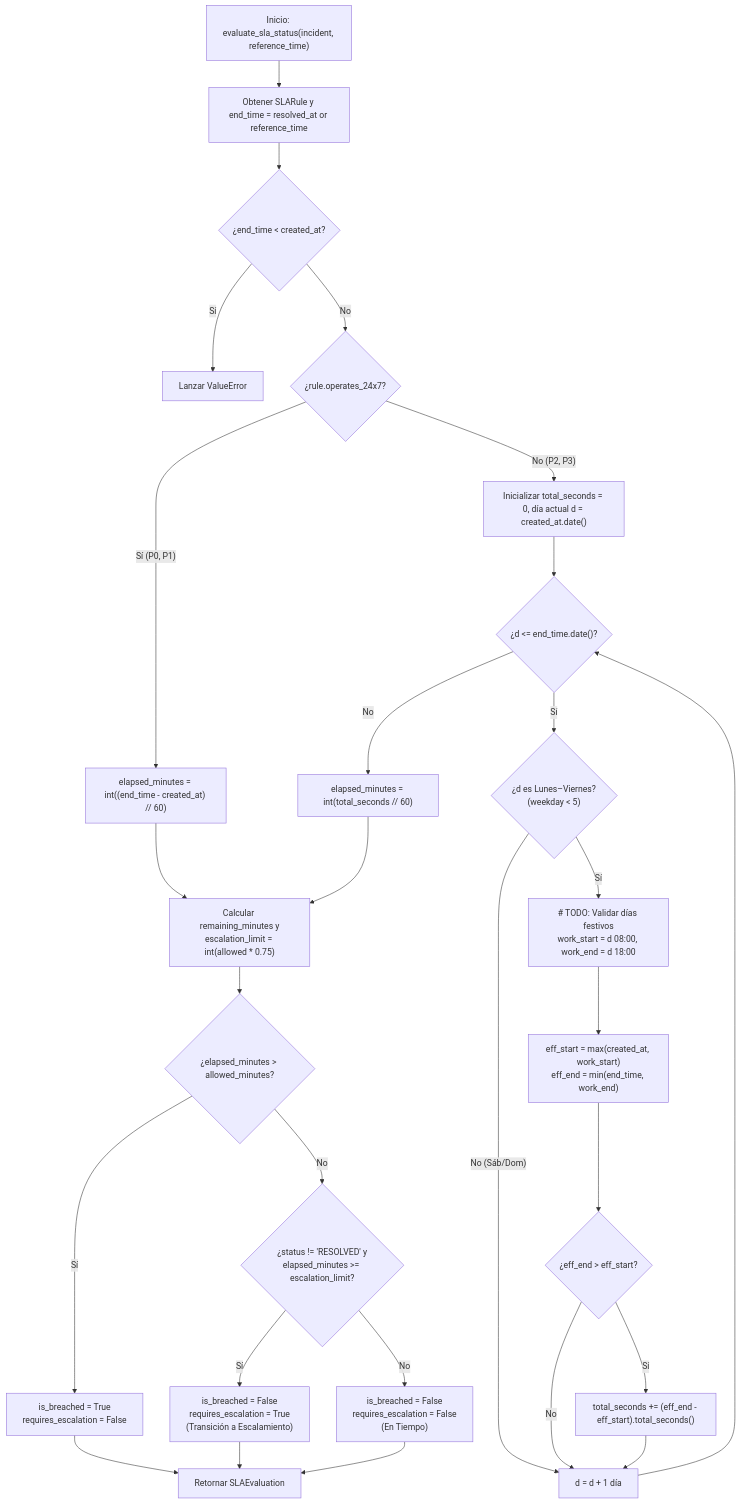
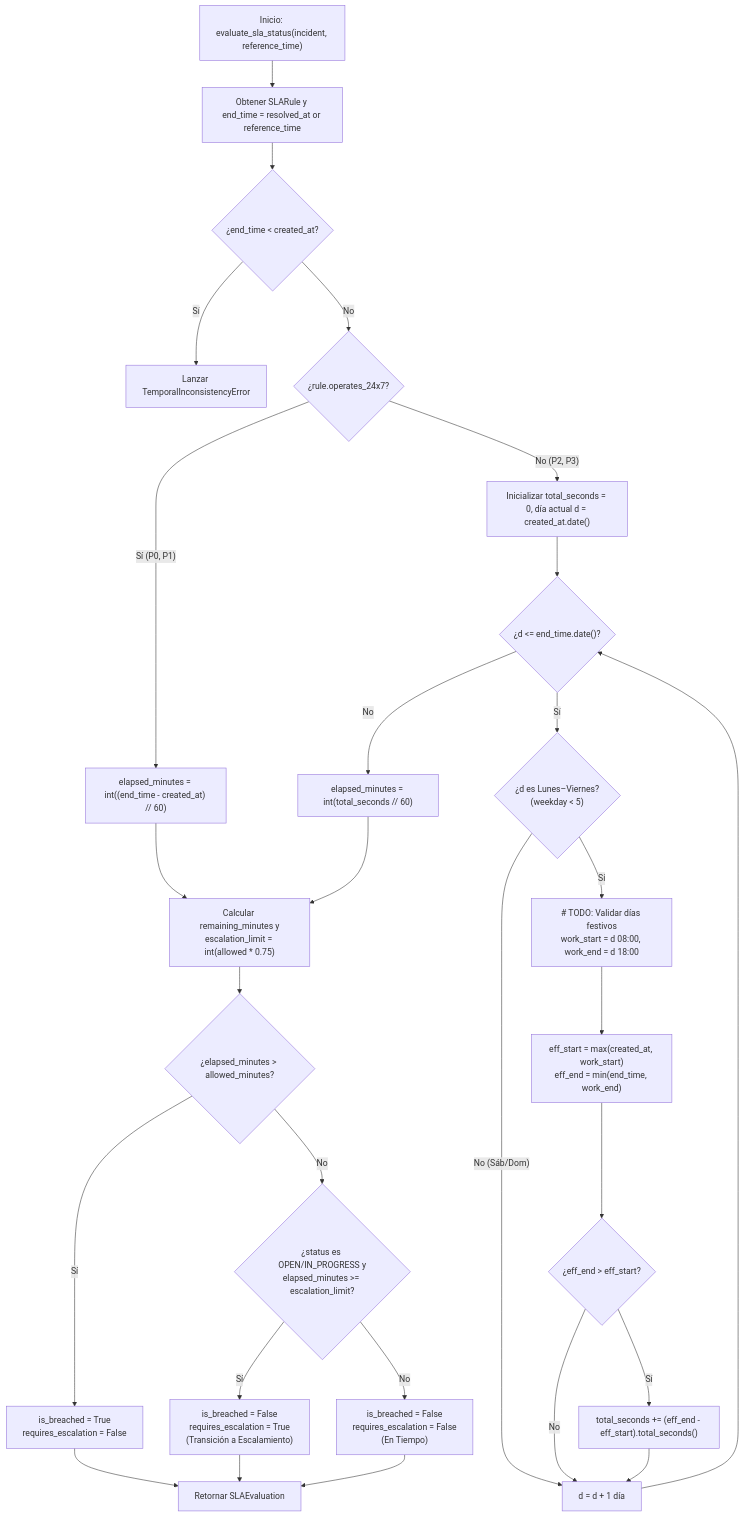
One commit to DiegoPhd/ing-software-asistida-por-IA changed the diagram in docs/adr/002-calculo-sla-horario-habil.md. Above: the diagram before and after it, drawn with Mermaid. The commit also changed other lines of this file and 11 other files, not shown here.

Commit message:
Refactor context audit file to use recursive globbing for Python files; update tests and add new ADR for incident summary architecture

````diff
--- a/docs/adr/002-calculo-sla-horario-habil.md
+++ b/docs/adr/002-calculo-sla-horario-habil.md
@@ -55,37 +63,37 @@
 ```mermaid
 flowchart TD
     A["Inicio: evaluate_sla_status(incident, reference_time)"] --> B["Obtener SLARule y end_time = resolved_at or reference_time"]
     B --> C{"¿end_time < created_at?"}
-    C -- Sí --> ERR["Lanzar ValueError"]
+    C -- Sí --> ERR["Lanzar TemporalInconsistencyError"]
     C -- No --> D{"¿rule.operates_24x7?"}
 
     D -- "Sí (P0, P1)" --> E["elapsed_minutes = int((end_time - created_at) // 60)"]
     D -- "No (P2, P3)" --> F["Inicializar total_seconds = 0, día actual d = created_at.date()"]
 
     F --> G{"¿d <= end_time.date()?"}
     G -- Sí --> H{"¿d es Lunes–Viernes?<br/>(weekday < 5)"}
     H -- "No (Sáb/Dom)" --> NEXT["d = d + 1 día"]
     H -- Sí --> I["# TODO: Validar días festivos<br/>work_start = d 08:00, work_end = d 18:00"]
     I --> J["eff_start = max(created_at, work_start)<br/>eff_end = min(end_time, work_end)"]
     J --> K{"¿eff_end > eff_start?"}
     K -- Sí --> L["total_seconds += (eff_end - eff_start).total_seconds()"]
     K -- No --> NEXT
     L --> NEXT
     NEXT --> G
 
     G -- No --> M["elapsed_minutes = int(total_seconds // 60)"]
 
     E --> N["Calcular remaining_minutes y<br/>escalation_limit = int(allowed * 0.75)"]
     M --> N
 
     N --> O{"¿elapsed_minutes > allowed_minutes?"}
     O -- Sí --> P["is_breached = True<br/>requires_escalation = False"]
-    O -- No --> Q{"¿status != 'RESOLVED' y<br/>elapsed_minutes >= escalation_limit?"}
+    O -- No --> Q{"¿status es OPEN/IN_PROGRESS y<br/>elapsed_minutes >= escalation_limit?"}
     Q -- Sí --> R["is_breached = False<br/>requires_escalation = True<br/>(Transición a Escalamiento)"]
     Q -- No --> S["is_breached = False<br/>requires_escalation = False<br/>(En Tiempo)"]
 
     P --> T["Retornar SLAEvaluation"]
     R --> T
     S --> T
 
 ```
````
